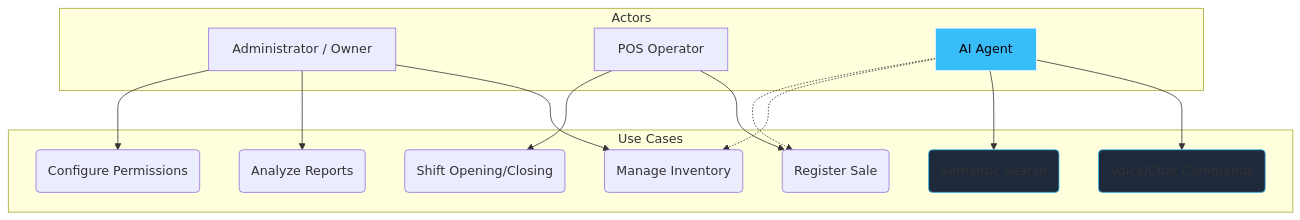
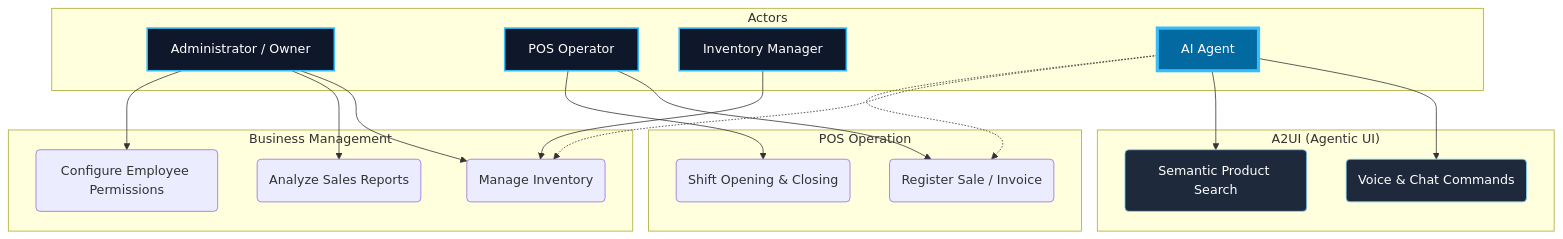
One commit to HecAguilaV/SIGA changed the diagram in docs/technical-room/en/01-SCENARIOS.mdx. Above: the diagram before and after it, drawn with Mermaid. The commit also changed other lines of this file and 11 other files, not shown here.

Commit message:
docs: arquitectura técnica 4+1 bilingüe final - alto contraste y accesibilidad / final 4+1 bilingual technical architecture - high contrast and accessibility

````diff
--- a/docs/technical-room/en/01-SCENARIOS.mdx
+++ b/docs/technical-room/en/01-SCENARIOS.mdx
@@ -9,34 +9,47 @@
 ```mermaid
 graph TD
     subgraph Actors
         Admin[Administrator / Owner]
         Op[POS Operator]
+        Inv[Inventory Manager]
         AI[AI Agent]
     end
 
-    subgraph "Use Cases"
+    subgraph "Business Management"
         UC1(Manage Inventory)
-        UC2(Analyze Reports)
-        UC3(Configure Permissions)
-        UC4(Register Sale)
-        UC5(Shift Opening/Closing)
-        AI1(Voice/Chat Commands)
-        AI2(Semantic Search)
+        UC2(Analyze Sales Reports)
+        UC3(Configure Employee Permissions)
+    end
+
+    subgraph "POS Operation"
+        UC4(Register Sale / Invoice)
+        UC5(Shift Opening & Closing)
+    end
+
+    subgraph "A2UI (Agentic UI)"
+        AI1(Voice & Chat Commands)
+        AI2(Semantic Product Search)
     end
 
     Admin --> UC1
     Admin --> UC2
     Admin --> UC3
     
     Op --> UC4
     Op --> UC5
     
+    Inv --> UC1
+    
     AI --> AI1
     AI --> AI2
     AI -.-> UC1
     AI -.-> UC4
 
-    style AI fill:#38bdf8,stroke:#fff,color:#000
-    style AI1 fill:#1e293b,stroke:#38bdf8
-    style AI2 fill:#1e293b,stroke:#38bdf8
+    %% Accessibility Styles (High Contrast)
+    style Admin fill:#0f172a,stroke:#38bdf8,stroke-width:2px,color:#fff
+    style Op fill:#0f172a,stroke:#38bdf8,stroke-width:2px,color:#fff
+    style Inv fill:#0f172a,stroke:#38bdf8,stroke-width:2px,color:#fff
+    style AI fill:#0369a1,stroke:#38bdf8,stroke-width:4px,color:#fff
+    style AI1 fill:#1e293b,stroke:#7dd3fc,color:#fff
+    style AI2 fill:#1e293b,stroke:#7dd3fc,color:#fff
 ```
````
